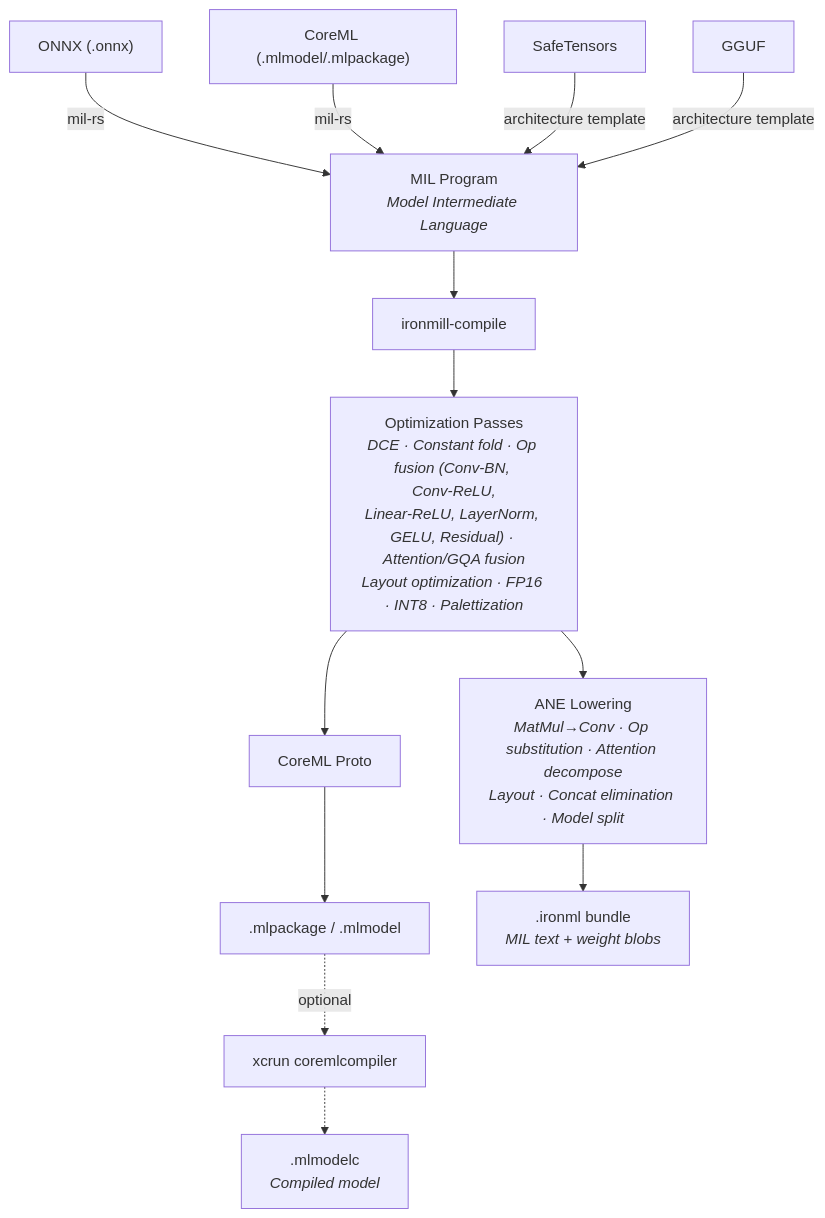
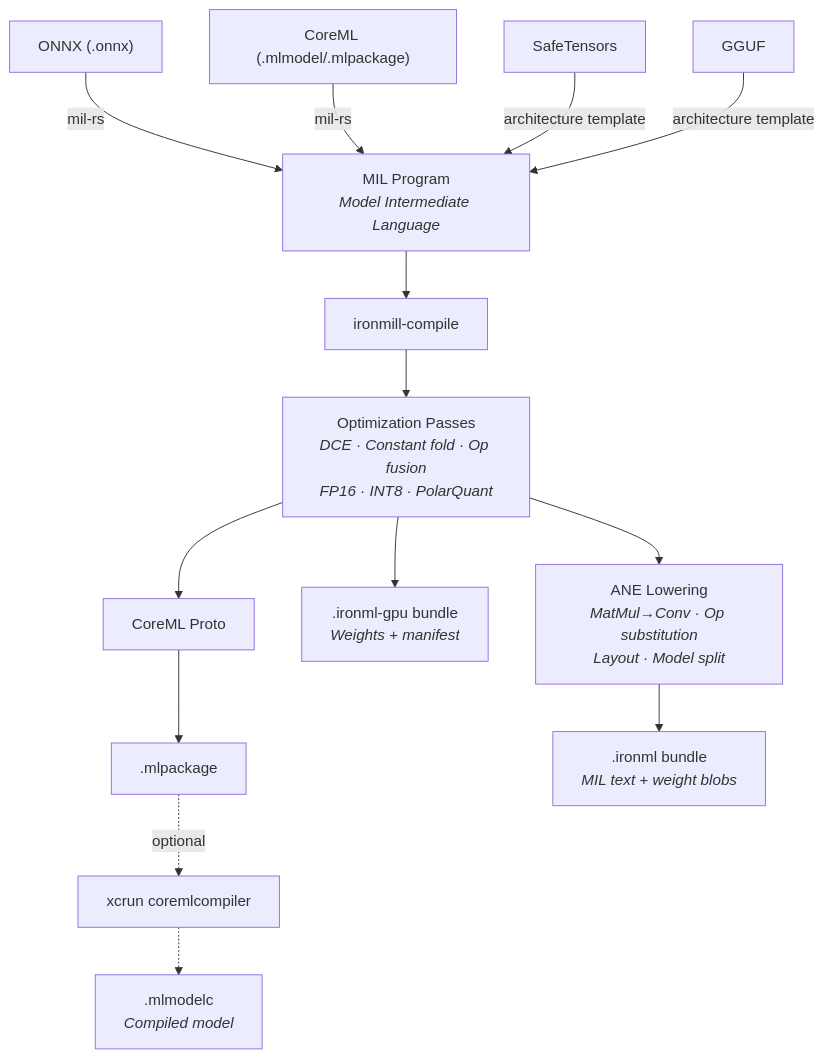
Before and after one commit to jafreck/ironmill: the first of 2 diagrams in README.md, drawn with Mermaid. The commit also changed other lines of this file, not shown here.

````diff
--- a/README.md
+++ b/README.md
@@ -163,38 +187,41 @@
 ```mermaid
 graph TD
     onnx["ONNX (.onnx)"]
     coreml_in["CoreML (.mlmodel/.mlpackage)"]
     safetensors["SafeTensors"]
     gguf["GGUF"]
 
     mil["MIL Program<br/><i>Model Intermediate Language</i>"]
 
     onnx -->|mil-rs| mil
     coreml_in -->|mil-rs| mil
     safetensors -->|"architecture template"| mil
     gguf -->|"architecture template"| mil
 
     compile["ironmill-compile"]
     mil --> compile
 
-    passes["Optimization Passes<br/><i>DCE · Constant fold · Op fusion (Conv‑BN, Conv‑ReLU,<br/>Linear‑ReLU, LayerNorm, GELU, Residual) · Attention/GQA fusion<br/>Layout optimization · FP16 · INT8 · Palettization</i>"]
+    passes["Optimization Passes<br/><i>DCE · Constant fold · Op fusion<br/>FP16 · INT8 · PolarQuant</i>"]
     compile --> passes
 
     proto["CoreML Proto"]
     passes --> proto
 
-    pkg[".mlpackage / .mlmodel"]
+    pkg[".mlpackage"]
     proto --> pkg
 
     xcrun["xcrun coremlcompiler"]
     pkg -.->|optional| xcrun
 
     mlmodelc[".mlmodelc<br/><i>Compiled model</i>"]
     xcrun -.-> mlmodelc
 
-    ane["ANE Lowering<br/><i>MatMul→Conv · Op substitution · Attention decompose<br/>Layout · Concat elimination · Model split</i>"]
+    gpu_bundle[".ironml-gpu bundle<br/><i>Weights + manifest</i>"]
+    passes --> gpu_bundle
+
+    ane["ANE Lowering<br/><i>MatMul→Conv · Op substitution<br/>Layout · Model split</i>"]
     passes --> ane
 
     bundle[".ironml bundle<br/><i>MIL text + weight blobs</i>"]
     ane --> bundle
 ```
````
